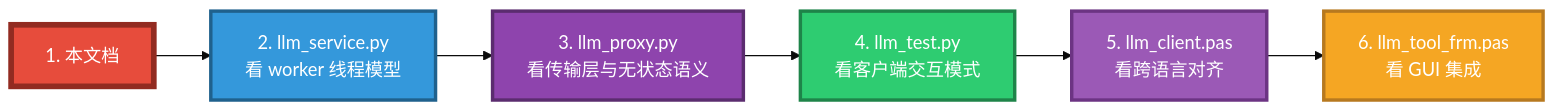
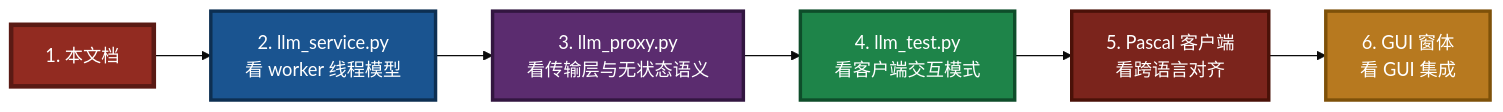
Before and after one commit to PassByYou888/LingoFuse-pasAgent: the sixth of 6 diagrams in src/llm-service/LingoFuse_LLM_Pitfalls_For_AI.md, drawn with Mermaid (base theme). The commit also changed other lines of this file, not shown here.

````diff
--- a/src/llm-service/LingoFuse_LLM_Pitfalls_For_AI.md
+++ b/src/llm-service/LingoFuse_LLM_Pitfalls_For_AI.md
@@ -1398,15 +1408,15 @@
 ```mermaid
 flowchart LR
     R1["1. 本文档"] --> R2["2. llm_service.py<br/>看 worker 线程模型"]
     R2 --> R3["3. llm_proxy.py<br/>看传输层与无状态语义"]
     R3 --> R4["4. llm_test.py<br/>看客户端交互模式"]
-    R4 --> R5["5. llm_client.pas<br/>看跨语言对齐"]
-    R5 --> R6["6. llm_tool_frm.pas<br/>看 GUI 集成"]
+    R4 --> R5["5. Pascal 客户端<br/>看跨语言对齐"]
+    R5 --> R6["6. GUI 窗体<br/>看 GUI 集成"]
 
-    style R1 fill:#E74C3C,stroke:#922B21,stroke-width:5px,color:#FFFFFF
-    style R2 fill:#3498DB,stroke:#1F618D,stroke-width:3px,color:#FFFFFF
-    style R3 fill:#8E44AD,stroke:#5B2C6F,stroke-width:3px,color:#FFFFFF
-    style R4 fill:#2ECC71,stroke:#1E8449,stroke-width:3px,color:#FFFFFF
-    style R5 fill:#9B59B6,stroke:#6C3483,stroke-width:3px,color:#FFFFFF
-    style R6 fill:#F5A623,stroke:#B7791F,stroke-width:3px,color:#FFFFFF
+    style R1 fill:#922B21,stroke:#5A1A14,stroke-width:4px,color:#FFFFFF
+    style R2 fill:#1A5490,stroke:#0D2F52,stroke-width:3px,color:#FFFFFF
+    style R3 fill:#5B2C6F,stroke:#321640,stroke-width:3px,color:#FFFFFF
+    style R4 fill:#1E8449,stroke:#0E4D2A,stroke-width:3px,color:#FFFFFF
+    style R5 fill:#7B241C,stroke:#4A1108,stroke-width:3px,color:#FFFFFF
+    style R6 fill:#B7791F,stroke:#7E5109,stroke-width:3px,color:#FFFFFF
 ```
````
